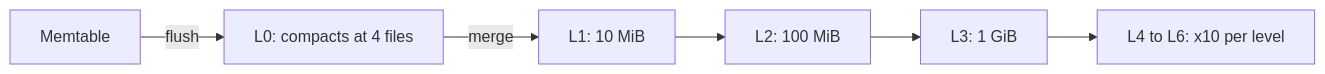
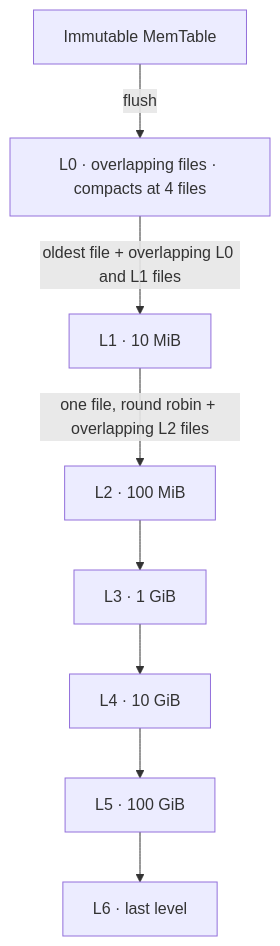
Before and after one commit to Jenil133/Kvlog: the fourth of 4 diagrams in README.md, drawn with Mermaid. The commit also changed other lines of this file and 12 other files, not shown here.

````diff
--- a/README.md
+++ b/README.md
@@ -206,8 +186,10 @@
 ```mermaid
-flowchart LR
-    MT["Memtable"] -->|flush| L0["L0: compacts at 4 files"]
-    L0 -->|merge| L1["L1: 10 MiB"]
-    L1 --> L2["L2: 100 MiB"]
-    L2 --> L3["L3: 1 GiB"]
-    L3 --> L4["L4 to L6: x10 per level"]
+flowchart TD
+    imm["Immutable MemTable"] -->|"flush"| L0
+    L0["L0 · overlapping files · compacts at 4 files"] -->|"oldest file + overlapping L0 and L1 files"| L1
+    L1["L1 · 10 MiB"] -->|"one file, round robin + overlapping L2 files"| L2
+    L2["L2 · 100 MiB"] --> L3["L3 · 1 GiB"]
+    L3 --> L4["L4 · 10 GiB"]
+    L4 --> L5["L5 · 100 GiB"]
+    L5 --> L6["L6 · last level"]
 ```
````
